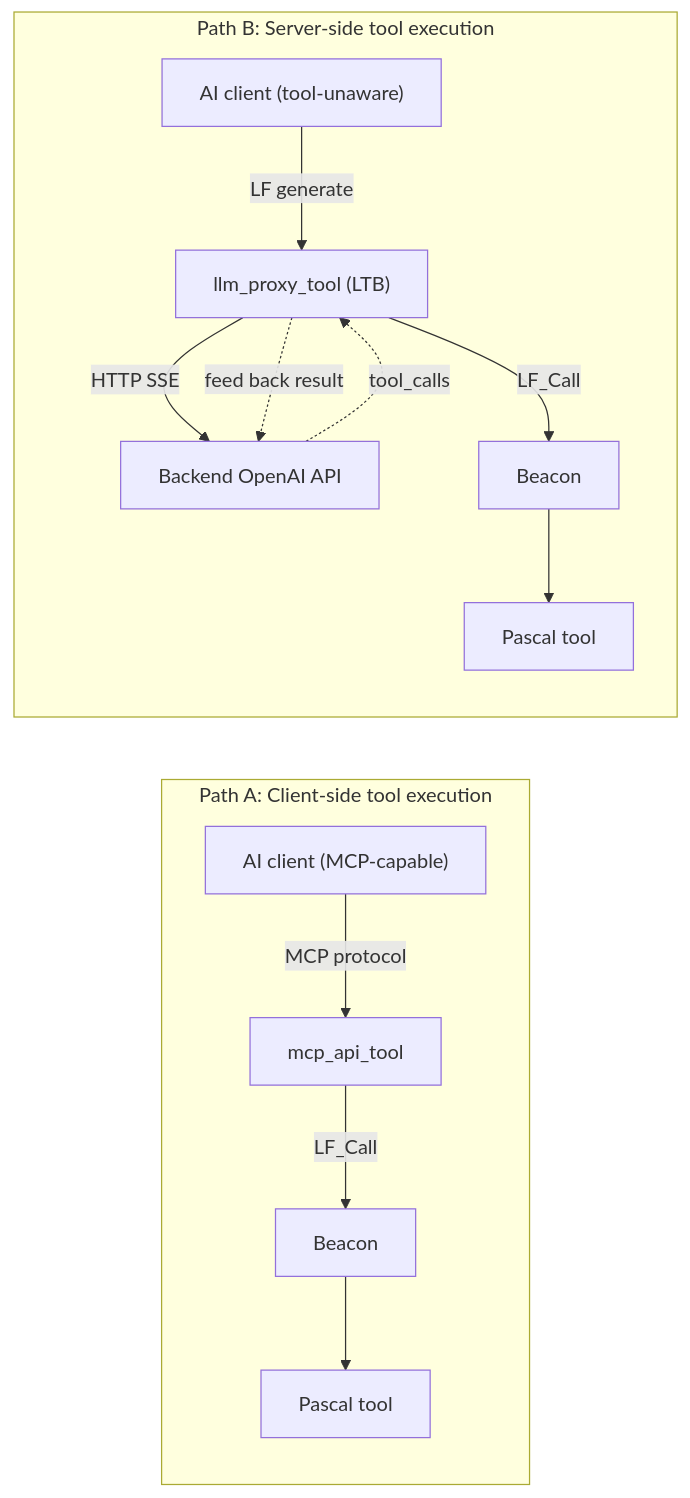
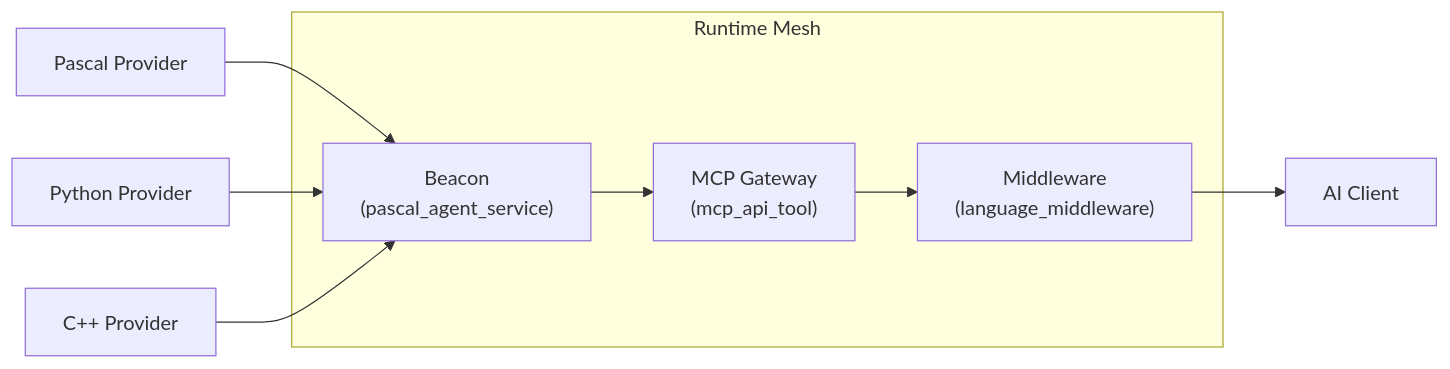
One commit to PassByYou888/LingoFuse-Tools changed the fifth of 55 diagrams in src/pascal_c_to_mcp/code_decl_to_mcp_knowledge_base.md. Above: the diagram before and after it, drawn with Mermaid. The commit also changed other lines of this file, not shown here.

````diff
--- a/src/pascal_c_to_mcp/code_decl_to_mcp_knowledge_base.md
+++ b/src/pascal_c_to_mcp/code_decl_to_mcp_knowledge_base.md
@@ -133,17 +231,15 @@
 ```mermaid
 flowchart LR
-    subgraph PathA["Path A: Client-side tool execution"]
-        A1["AI client (MCP-capable)"] -->|MCP protocol| A2["mcp_api_tool"]
-        A2 -->|LF_Call| A3["Beacon"]
-        A3 --> A4["Pascal tool"]
+    subgraph RuntimeMesh["Runtime Mesh"]
+        BEACON["Beacon<br/>(pascal_agent_service)"]
+        GW["MCP Gateway<br/>(mcp_api_tool)"]
+        MW["Middleware<br/>(language_middleware)"]
     end
 
-    subgraph PathB["Path B: Server-side tool execution"]
-        B1["AI client (tool-unaware)"] -->|LF generate| B2["llm_proxy_tool (LTB)"]
-        B2 -->|HTTP SSE| B3["Backend OpenAI API"]
-        B3 -.->|tool_calls| B2
-        B2 -->|LF_Call| B4["Beacon"]
-        B4 --> B5["Pascal tool"]
-        B2 -.->|feed back result| B3
-    end
+    P1["Pascal Provider"] --> BEACON
+    P2["Python Provider"] --> BEACON
+    P3["C++ Provider"] --> BEACON
+    BEACON --> GW
+    GW --> MW
+    MW --> CLIENT["AI Client"]
 ```
````
